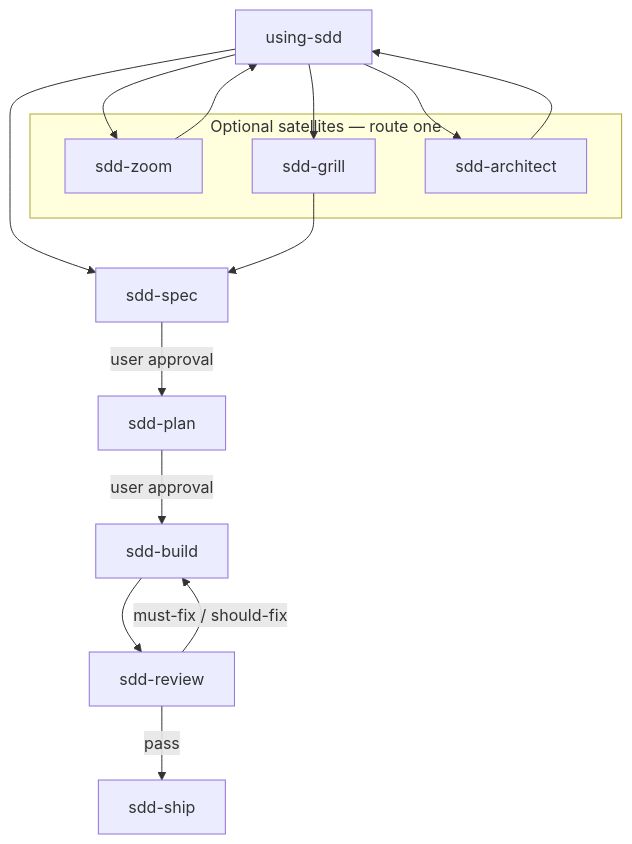
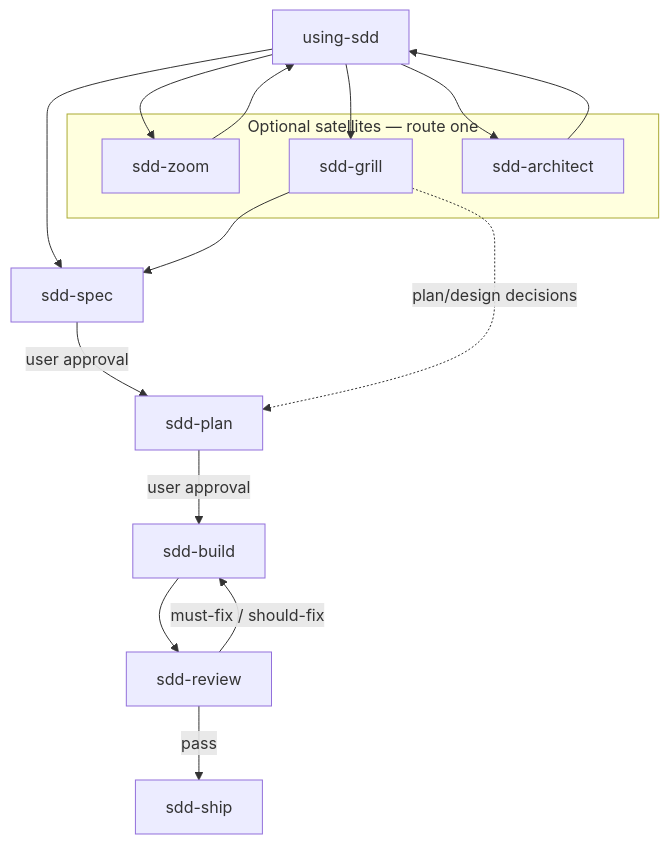
The diagram in README.md (zhijunio/sdd-skills), drawn with Mermaid before and after one commit. The commit also changed other lines of this file and 8 other files, not shown here.

````diff
--- a/README.md
+++ b/README.md
@@ -10,21 +10,22 @@
 ```mermaid
 flowchart TD
   U[using-sdd]
 
   subgraph satellites["Optional satellites — route one"]
     Z[sdd-zoom]
     G[sdd-grill]
     A[sdd-architect]
   end
 
   S[sdd-spec] -->|user approval| P[sdd-plan]
   P -->|user approval| B[sdd-build]
   B --> R[sdd-review]
   R -->|must-fix / should-fix| B
   R -->|pass| SH[sdd-ship]
 
   U --> Z & G & A & S
   Z --> U
   A --> U
   G --> S
+  G -.->|plan/design decisions| P
 ```
````
